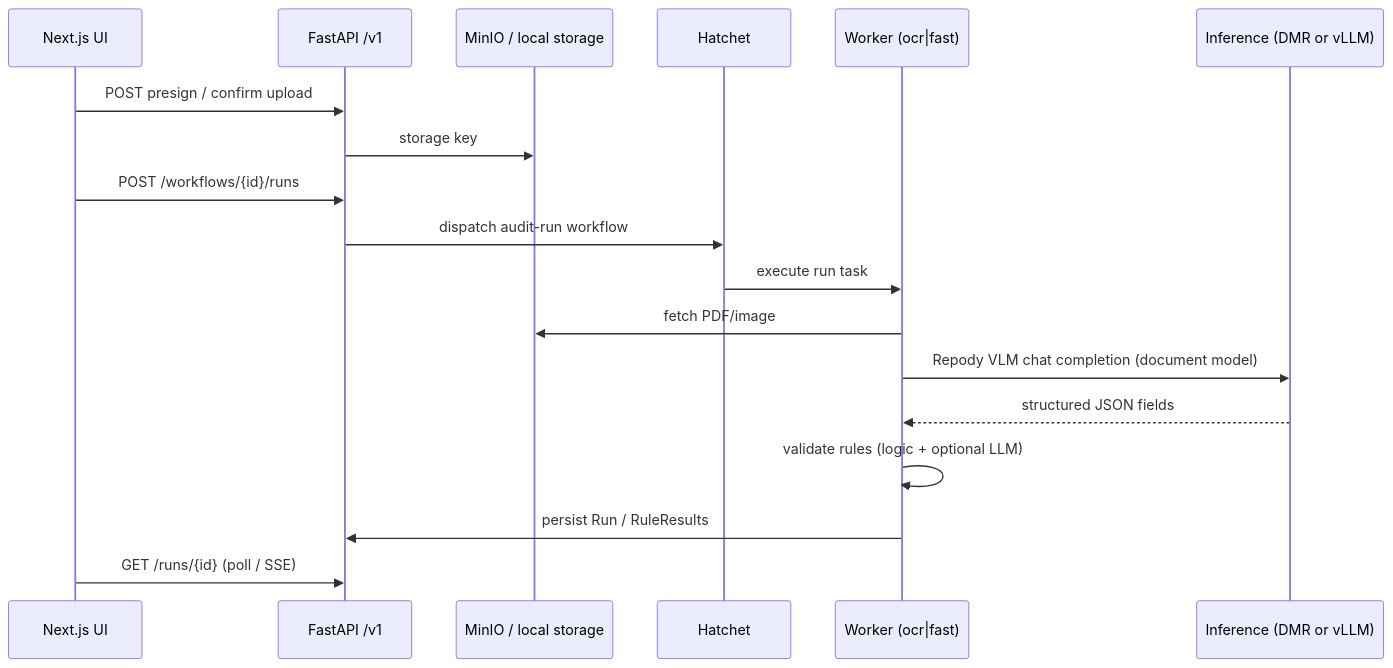
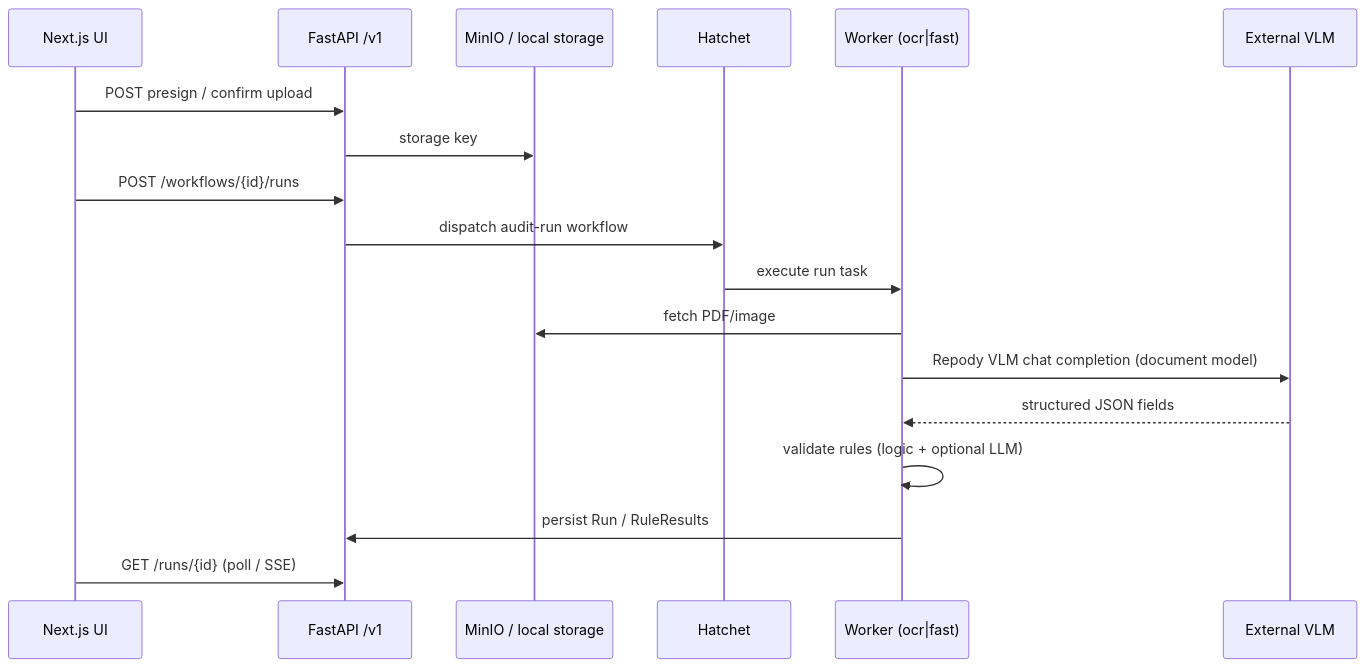
The diagram in CONTEXT.md (MehdiGououiad/repody), drawn with Mermaid before and after one commit. The commit also changed other lines of this file and 356 other files, not shown here.

````diff
--- a/CONTEXT.md
+++ b/CONTEXT.md
@@ -32,21 +31,21 @@
 ```mermaid
 sequenceDiagram
   participant UI as Next.js UI
   participant API as FastAPI /v1
   participant Store as MinIO / local storage
   participant Q as Hatchet
   participant W as Worker (ocr|fast)
-  participant Inf as Inference (DMR or vLLM)
+  participant Inf as External VLM
 
   UI->>API: POST presign / confirm upload
   API->>Store: storage key
   UI->>API: POST /workflows/{id}/runs
   API->>Q: dispatch audit-run workflow
   Q->>W: execute run task
   W->>Store: fetch PDF/image
   W->>Inf: Repody VLM chat completion (document model)
   Inf-->>W: structured JSON fields
   W->>W: validate rules (logic + optional LLM)
   W->>API: persist Run / RuleResults
   UI->>API: GET /runs/{id} (poll / SSE)
 ```
````
